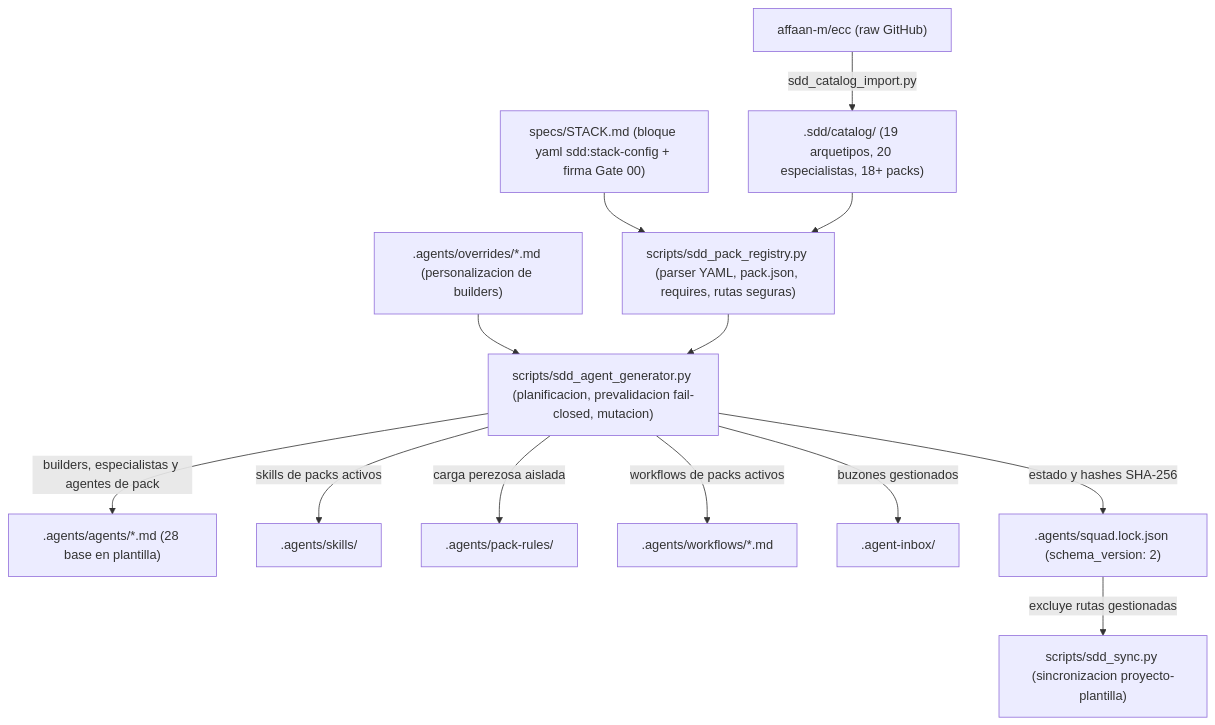
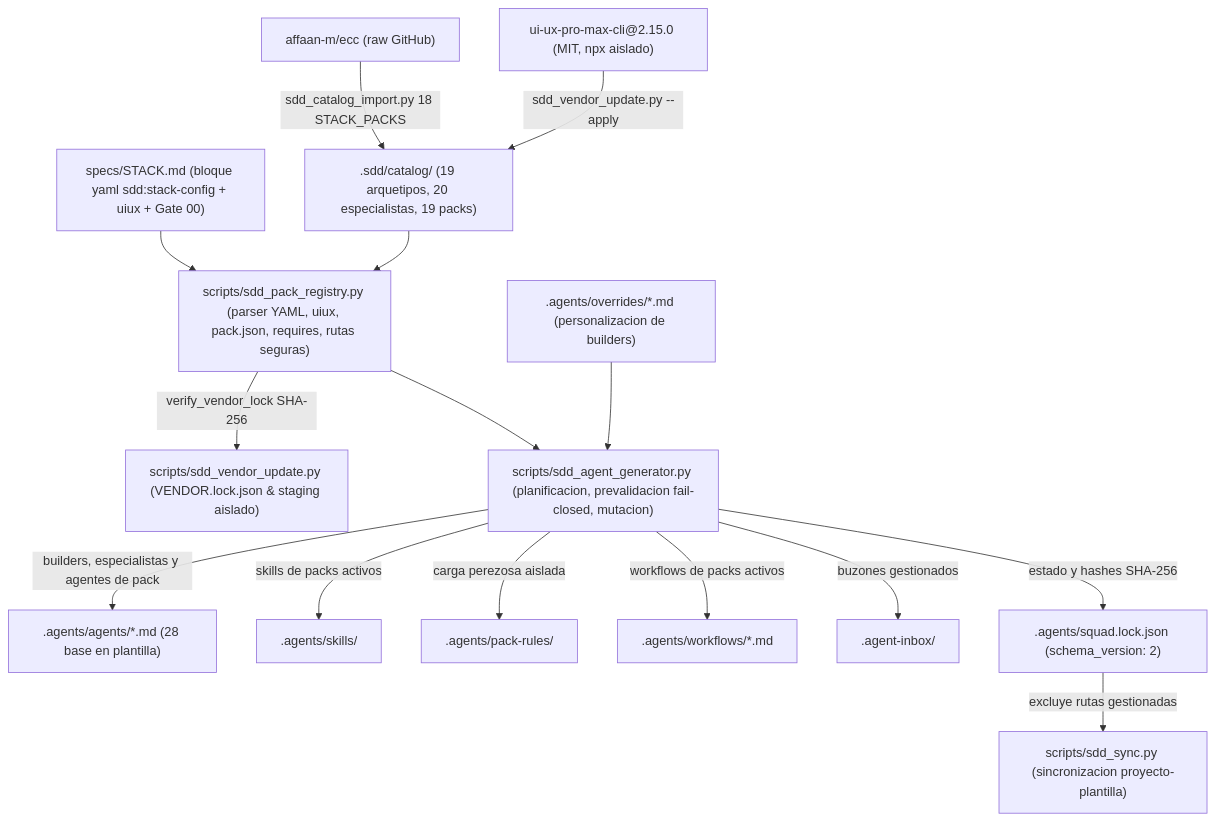
One commit to serchodm/sdd-agentic-starter changed the first of 3 diagrams in docs/knowledge/SYSTEM_TOPOLOGY.md. Above: the diagram before and after it, drawn with Mermaid. The commit also changed other lines of this file and 82 other files, not shown here.

Commit message:
feat(framework): add capability-ui-design pack with ui-ux-pro-max@2.15.0 (FWK-002)

````diff
--- a/docs/knowledge/SYSTEM_TOPOLOGY.md
+++ b/docs/knowledge/SYSTEM_TOPOLOGY.md
@@ -5,17 +5,19 @@
 ```mermaid
 flowchart TD
-    STACK["specs/STACK.md (bloque yaml sdd:stack-config + firma Gate 00)"] --> REG["scripts/sdd_pack_registry.py (parser YAML, pack.json, requires, rutas seguras)"]
-    CAT[".sdd/catalog/ (19 arquetipos, 20 especialistas, 18+ packs)"] --> REG
+    STACK["specs/STACK.md (bloque yaml sdd:stack-config + uiux + Gate 00)"] --> REG["scripts/sdd_pack_registry.py (parser YAML, uiux, pack.json, requires, rutas seguras)"]
+    CAT[".sdd/catalog/ (19 arquetipos, 20 especialistas, 19 packs)"] --> REG
+    REG -->|verify_vendor_lock SHA-256| VENDOR["scripts/sdd_vendor_update.py (VENDOR.lock.json & staging aislado)"]
     OVR[".agents/overrides/*.md (personalizacion de builders)"] --> GEN["scripts/sdd_agent_generator.py (planificacion, prevalidacion fail-closed, mutacion)"]
     REG --> GEN
 
     GEN -->|builders, especialistas y agentes de pack| AGENTS[".agents/agents/*.md (28 base en plantilla)"]
     GEN -->|skills de packs activos| SKILLS[".agents/skills/"]
     GEN -->|carga perezosa aislada| PACKRULES[".agents/pack-rules/"]
     GEN -->|workflows de packs activos| WF[".agents/workflows/*.md"]
     GEN -->|buzones gestionados| INBOX[".agent-inbox/"]
     GEN -->|estado y hashes SHA-256| LOCK[".agents/squad.lock.json (schema_version: 2)"]
 
-    UPSTREAM["affaan-m/ecc (raw GitHub)"] -->|sdd_catalog_import.py| CAT
+    UPSTREAM["affaan-m/ecc (raw GitHub)"] -->|sdd_catalog_import.py 18 STACK_PACKS| CAT
+    UIUP["ui-ux-pro-max-cli@2.15.0 (MIT, npx aislado)"] -->|sdd_vendor_update.py --apply| CAT
     LOCK -->|excluye rutas gestionadas| SYNC["scripts/sdd_sync.py (sincronizacion proyecto-plantilla)"]
 ```
````
